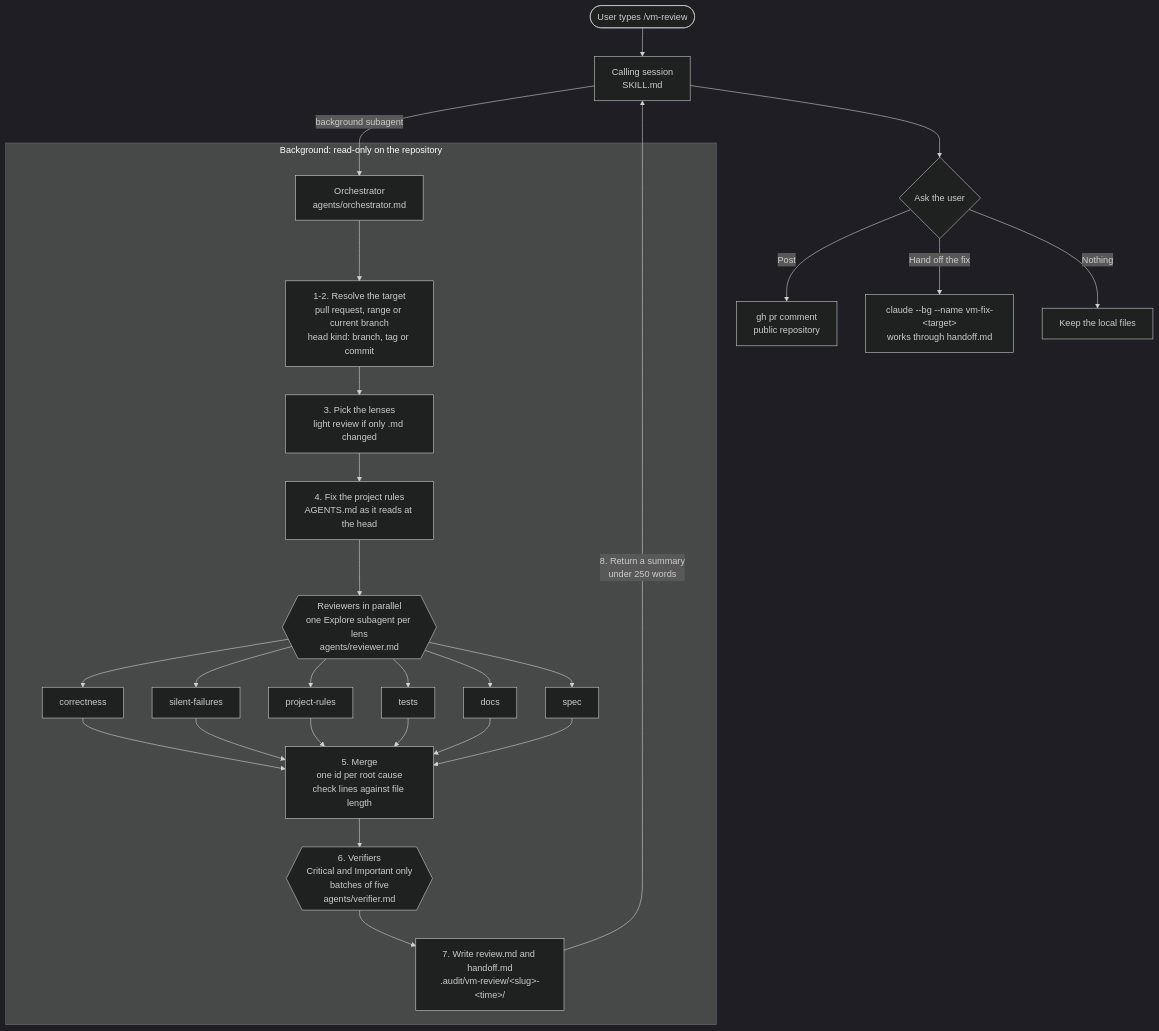
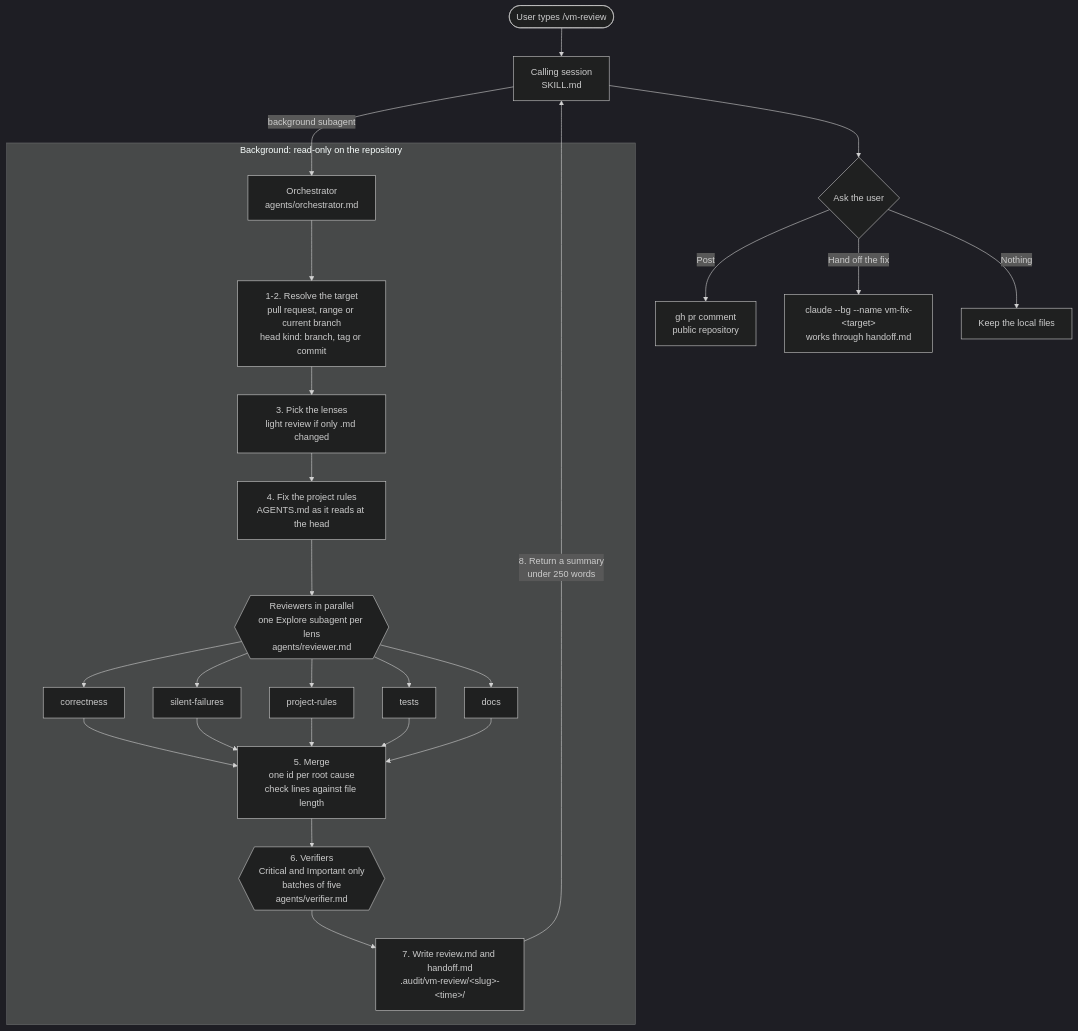
One commit to prubiella/vending-machine-challenge changed the diagram in .claude/skills/vm-review/README.md. Above: the diagram before and after it, drawn with Mermaid (dark theme). The commit also changed other lines of this file and 21 other files, not shown here.

````diff
--- a/.claude/skills/vm-review/README.md
+++ b/.claude/skills/vm-review/README.md
@@ -12,27 +12,26 @@
 ```mermaid
 flowchart TD
     U([User types /vm-review]) --> S[Calling session<br/>SKILL.md]
     S -->|background subagent| O[Orchestrator<br/>agents/orchestrator.md]
 
     subgraph BG [Background: read-only on the repository]
         O --> T[1-2. Resolve the target<br/>pull request, range or current branch<br/>head kind: branch, tag or commit]
         T --> L[3. Pick the lenses<br/>light review if only .md changed]
         L --> R0[4. Fix the project rules<br/>AGENTS.md as it reads at the head]
         R0 --> P{{Reviewers in parallel<br/>one Explore subagent per lens<br/>agents/reviewer.md}}
         P --> C1[correctness]
         P --> C2[silent-failures]
         P --> C3[project-rules]
         P --> C4[tests]
         P --> C5[docs]
-        P --> C6[spec]
-        C1 & C2 & C3 & C4 & C5 & C6 --> M[5. Merge<br/>one id per root cause<br/>check lines against file length]
+        C1 & C2 & C3 & C4 & C5 --> M[5. Merge<br/>one id per root cause<br/>check lines against file length]
         M --> V{{6. Verifiers<br/>Critical and Important only<br/>batches of five<br/>agents/verifier.md}}
         V --> W[7. Write review.md and handoff.md<br/>.audit/vm-review/&lt;slug&gt;-&lt;time&gt;/]
     end
 
     W -->|8. Return a summary<br/>under 250 words| S
     S --> Q{Ask the user}
     Q -->|Post| G[gh pr comment<br/>public repository]
     Q -->|Hand off the fix| F[claude --bg --name vm-fix-&lt;target&gt;<br/>works through handoff.md]
     Q -->|Nothing| N[Keep the local files]
 ```
````
